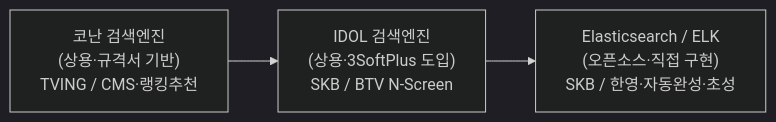
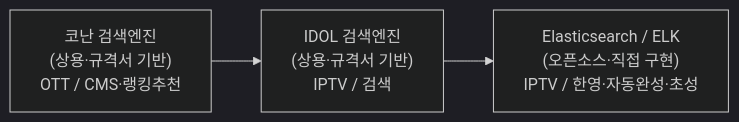
Before and after one commit to withwooyong/withwooyong.github.io: the first of 3 diagrams in content/blog/search-engineering/search-engineering-in-practice.md, drawn with Mermaid (dark theme). The commit also changed other lines of this file and 1 other file, not shown here.

````diff
--- a/content/blog/search-engineering/search-engineering-in-practice.md
+++ b/content/blog/search-engineering/search-engineering-in-practice.md
@@ -41,5 +43,5 @@
 ```mermaid
 flowchart LR
-    A["코난 검색엔진<br/>(상용·규격서 기반)<br/>TVING / CMS·랭킹추천"] --> B["IDOL 검색엔진<br/>(상용·3SoftPlus 도입)<br/>SKB / BTV N-Screen"]
-    B --> C["Elasticsearch / ELK<br/>(오픈소스·직접 구현)<br/>SKB / 한영·자동완성·초성"]
+    A["코난 검색엔진<br/>(상용·규격서 기반)<br/>OTT / CMS·랭킹추천"] --> B["IDOL 검색엔진<br/>(상용·규격서 기반)<br/>IPTV / 검색"]
+    B --> C["Elasticsearch / ELK<br/>(오픈소스·직접 구현)<br/>IPTV / 한영·자동완성·초성"]
 ```
````
